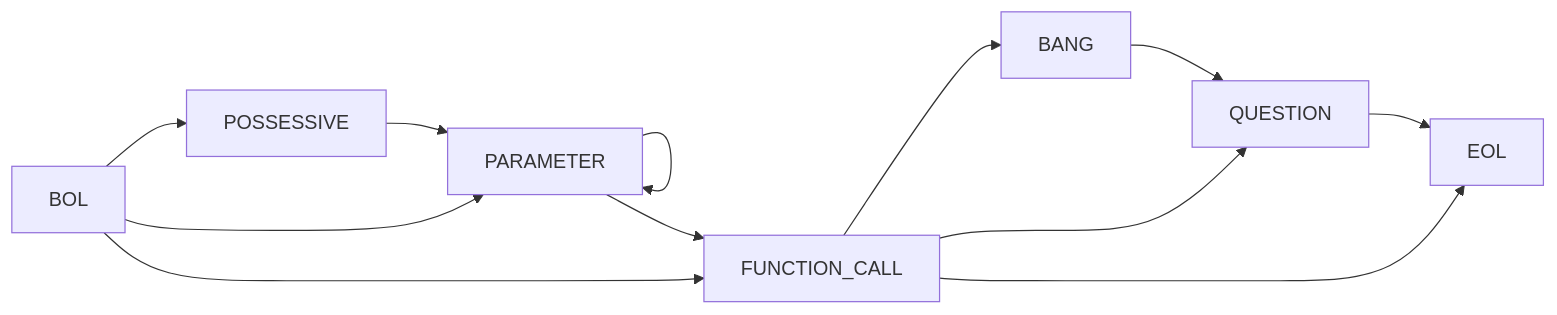
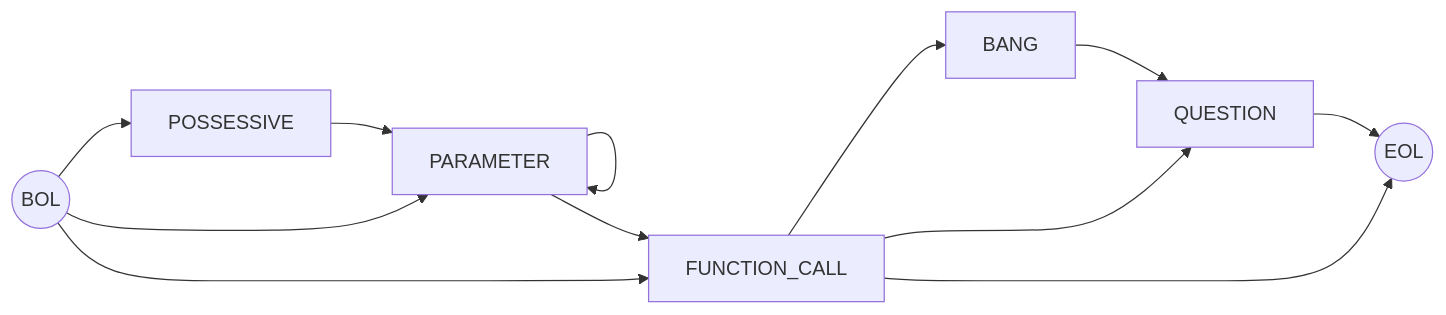
One commit to rewhowe/snapdragon changed the third of 15 diagrams in documentation/nfsm.md. Above: the diagram before and after it, drawn with Mermaid. The commit also changed other lines of this file and 16 other files, not shown here.

````diff
--- a/documentation/nfsm.md
+++ b/documentation/nfsm.md
@@ -68,19 +72,19 @@
 ```mermaid
 graph LR
-  BOL --> PARAMETER
+  BOL((BOL)) --> PARAMETER
   BOL --> FUNCTION_CALL
   BOL --> POSSESSIVE
 
   PARAMETER --> PARAMETER
   PARAMETER --> FUNCTION_CALL
 
-  FUNCTION_CALL --> EOL
+  FUNCTION_CALL --> EOL((EOL))
   FUNCTION_CALL --> BANG
   FUNCTION_CALL --> QUESTION
 
   POSSESSIVE --> PARAMETER
 
   BANG --> QUESTION
 
   QUESTION --> EOL
 ```
````
